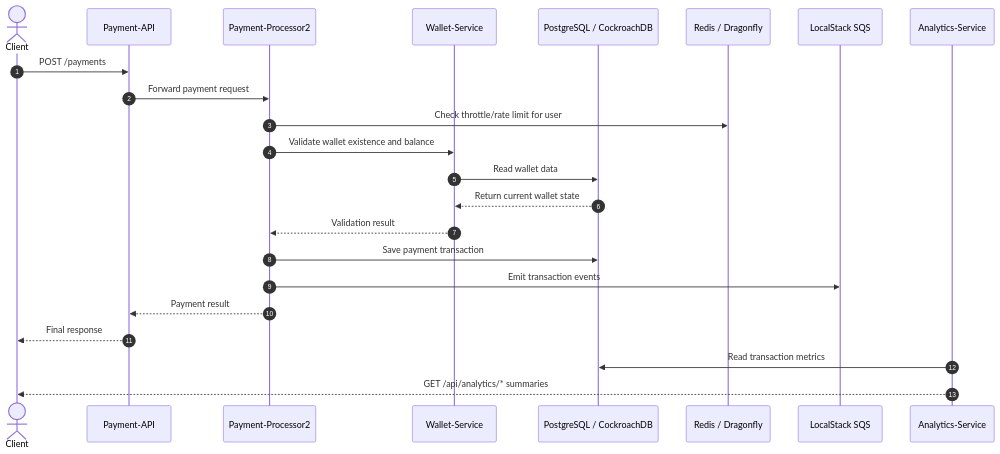
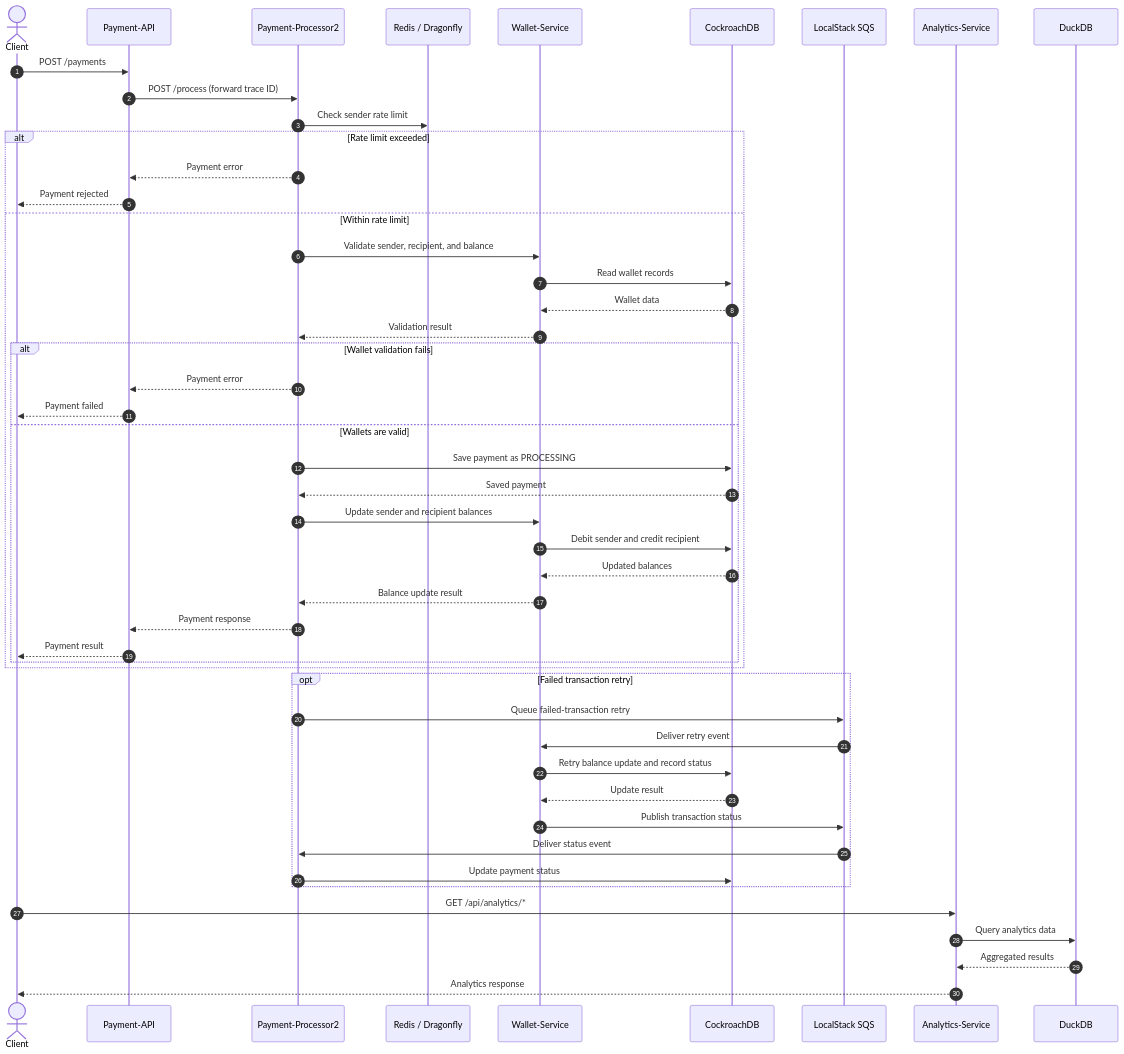
Before and after one commit to longbui98/Simple-Payment-Minikube: the diagram in README.md, drawn with Mermaid. The commit also changed other lines of this file, not shown here.

Commit message:
Update sequence diagram for README file

````diff
--- a/README.md
+++ b/README.md
@@ -18,27 +18,56 @@
 ```mermaid
 sequenceDiagram
     autonumber
     actor Client
     participant API as Payment-API
     participant Processor as Payment-Processor2
+    participant Redis as Redis / Dragonfly
     participant Wallet as Wallet-Service
-    participant DB as PostgreSQL / CockroachDB
-    participant Redis as Redis / Dragonfly
+    participant DB as CockroachDB
     participant SQS as LocalStack SQS
     participant Analytics as Analytics-Service
+    participant DuckDB
 
     Client->>API: POST /payments
-    API->>Processor: Forward payment request
-    Processor->>Redis: Check throttle/rate limit for user
-    Processor->>Wallet: Validate wallet existence and balance
-    Wallet->>DB: Read wallet data
-    DB-->>Wallet: Return current wallet state
-    Wallet-->>Processor: Validation result
-    Processor->>DB: Save payment transaction
-    Processor->>SQS: Emit transaction events
-    Processor-->>API: Payment result
-    API-->>Client: Final response
+    API->>Processor: POST /process (forward trace ID)
+    Processor->>Redis: Check sender rate limit
 
-    Analytics->>DB: Read transaction metrics
-    Analytics-->>Client: GET /api/analytics/* summaries
+    alt Rate limit exceeded
+        Processor-->>API: Payment error
+        API-->>Client: Payment rejected
+    else Within rate limit
+        Processor->>Wallet: Validate sender, recipient, and balance
+        Wallet->>DB: Read wallet records
+        DB-->>Wallet: Wallet data
+        Wallet-->>Processor: Validation result
+
+        alt Wallet validation fails
+            Processor-->>API: Payment error
+            API-->>Client: Payment failed
+        else Wallets are valid
+            Processor->>DB: Save payment as PROCESSING
+            DB-->>Processor: Saved payment
+            Processor->>Wallet: Update sender and recipient balances
+            Wallet->>DB: Debit sender and credit recipient
+            DB-->>Wallet: Updated balances
+            Wallet-->>Processor: Balance update result
+            Processor-->>API: Payment response
+            API-->>Client: Payment result
+        end
+    end
+
+    opt Failed transaction retry
+        Processor->>SQS: Queue failed-transaction retry
+        SQS->>Wallet: Deliver retry event
+        Wallet->>DB: Retry balance update and record status
+        DB-->>Wallet: Update result
+        Wallet->>SQS: Publish transaction status
+        SQS->>Processor: Deliver status event
+        Processor->>DB: Update payment status
+    end
+
+    Client->>Analytics: GET /api/analytics/*
+    Analytics->>DuckDB: Query analytics data
+    DuckDB-->>Analytics: Aggregated results
+    Analytics-->>Client: Analytics response
 ```
````
